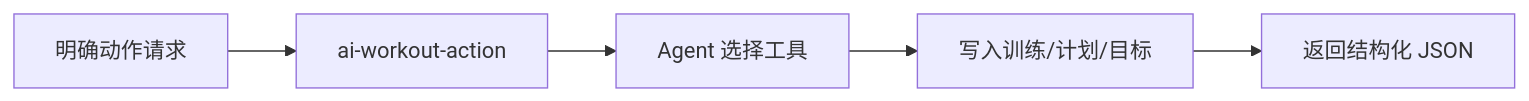
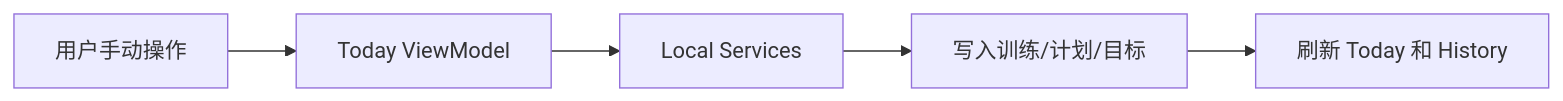
Before and after one commit to Paikchu/PeakLog: the third of 3 diagrams in docs/architecture/business-flow.md, drawn with Mermaid. The commit also changed other lines of this file and 19 other files, not shown here.

Commit message:
refactor: remove ai workout action backend

````diff
--- a/docs/architecture/business-flow.md
+++ b/docs/architecture/business-flow.md
@@ -65,7 +65,7 @@
 ```mermaid
 flowchart LR
-    U[明确动作请求] --> A[ai-workout-action]
-    A --> B[Agent 选择工具]
+    U[用户手动操作] --> A[Today ViewModel]
+    A --> B[Local Services]
     B --> C[写入训练/计划/目标]
-    C --> D[返回结构化 JSON]
+    C --> D[刷新 Today 和 History]
 ```
````
